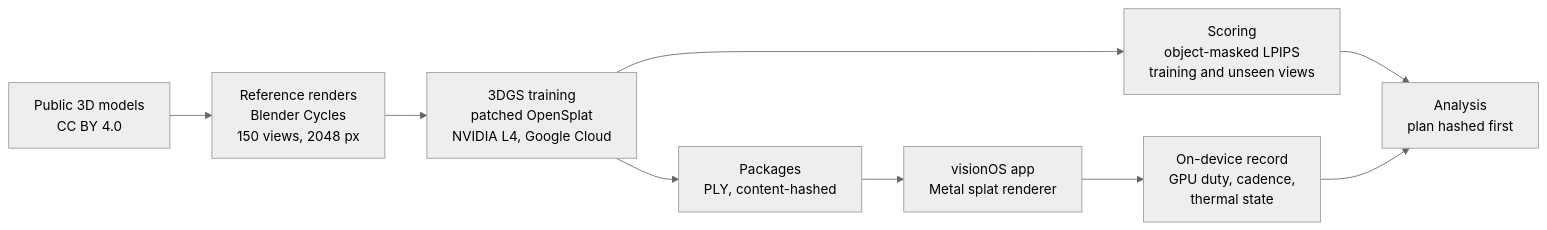
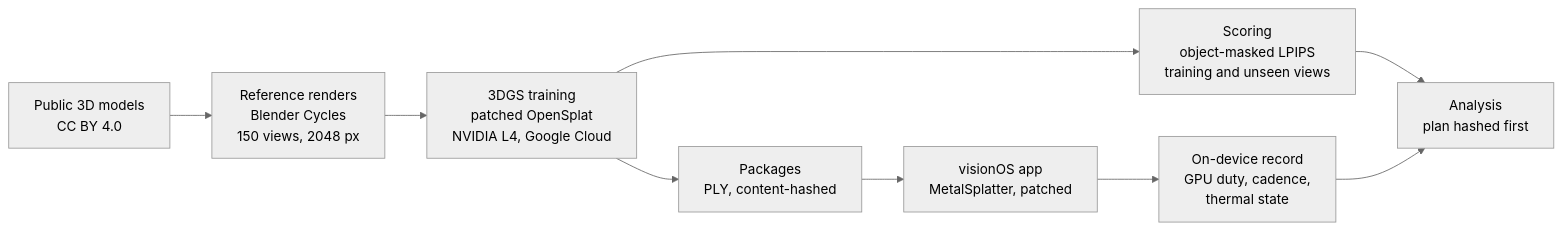
Before and after one commit to jacobemanuel/gaussian-splatting-vision-pro: the diagram in README.md, drawn with Mermaid (neutral theme). The commit also changed other lines of this file, not shown here.

Commit message:
README: credit MetalSplatter and the fork it runs on, link the upstream timing PR

````diff
--- a/README.md
+++ b/README.md
@@ -31,11 +31,11 @@
 ```mermaid
 flowchart LR
     M["Public 3D models<br/>CC BY 4.0"] --> R["Reference renders<br/>Blender Cycles<br/>150 views, 2048 px"]
     R --> T["3DGS training<br/>patched OpenSplat<br/>NVIDIA L4, Google Cloud"]
     T --> S["Scoring<br/>object-masked LPIPS<br/>training and unseen views"]
     T --> P["Packages<br/>PLY, content-hashed"]
-    P --> V["visionOS app<br/>Metal splat renderer"]
+    P --> V["visionOS app<br/>MetalSplatter, patched"]
     V --> I["On-device record<br/>GPU duty, cadence,<br/>thermal state"]
     S --> A["Analysis<br/>plan hashed first"]
     I --> A
 ```
````
